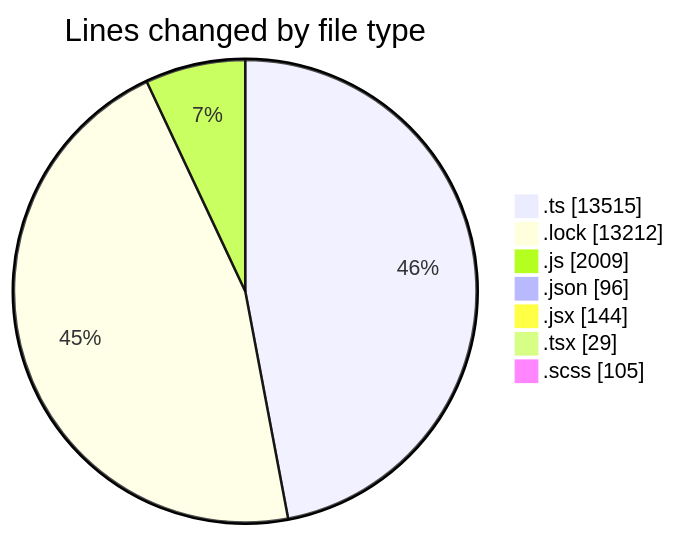
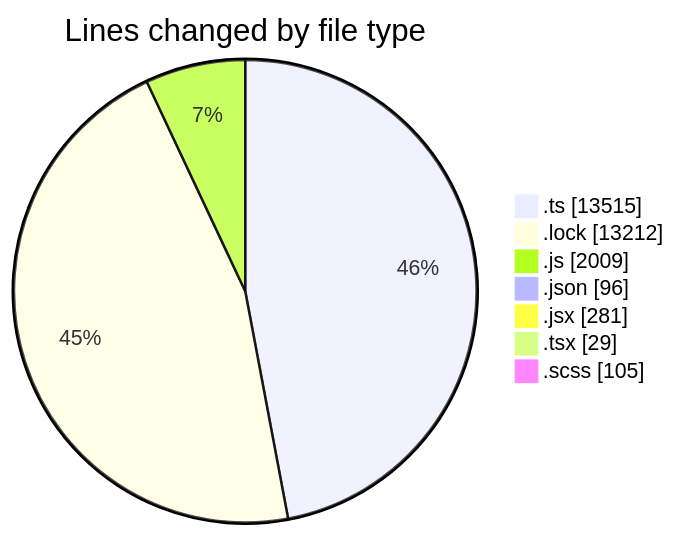
Before and after one commit to momahboobian/code-tracking: the first of 2 diagrams in 2025-05-16/cda/README.md, drawn with Mermaid. The commit also changed other lines of this file and 1 other file, not shown here.

````diff
--- a/2025-05-16/cda/README.md
+++ b/2025-05-16/cda/README.md
@@ -36,11 +37,11 @@
 ```mermaid
 pie showData
 title Lines changed by file type
 ".ts" : 13515
 ".lock" : 13212
 ".js" : 2009
 ".json" : 96
-".jsx" : 144
+".jsx" : 281
 ".tsx" : 29
 ".scss" : 105
 ```
````
